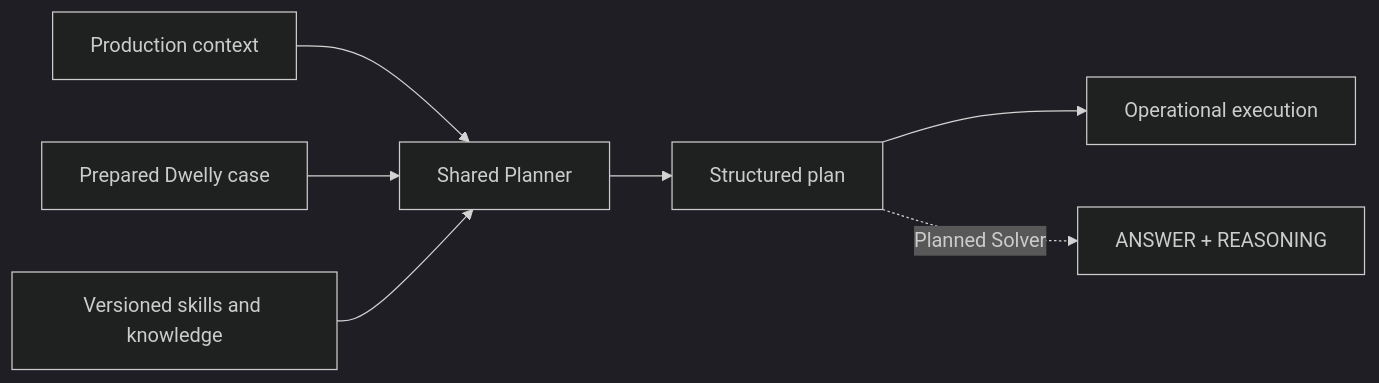
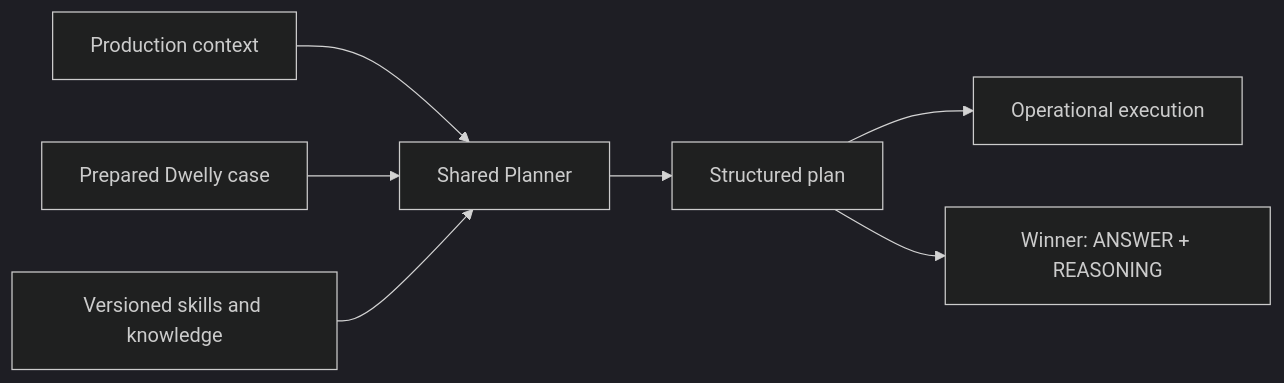
The diagram in README.md (xmanatee/dwelly-hack-2026), drawn with Mermaid (dark theme) before and after one commit. The commit also changed other lines of this file and 32 other files, not shown here.

````diff
--- a/README.md
+++ b/README.md
@@ -45,9 +45,9 @@
 ```mermaid
 flowchart LR
     A[Production context] --> P[Shared Planner]
     B[Prepared Dwelly case] --> P
     K[Versioned skills and knowledge] --> P
     P --> D[Structured plan]
     D --> E[Operational execution]
-    D -. Planned Solver .-> F[ANSWER + REASONING]
+    D --> F[Winner: ANSWER + REASONING]
 ```
````
